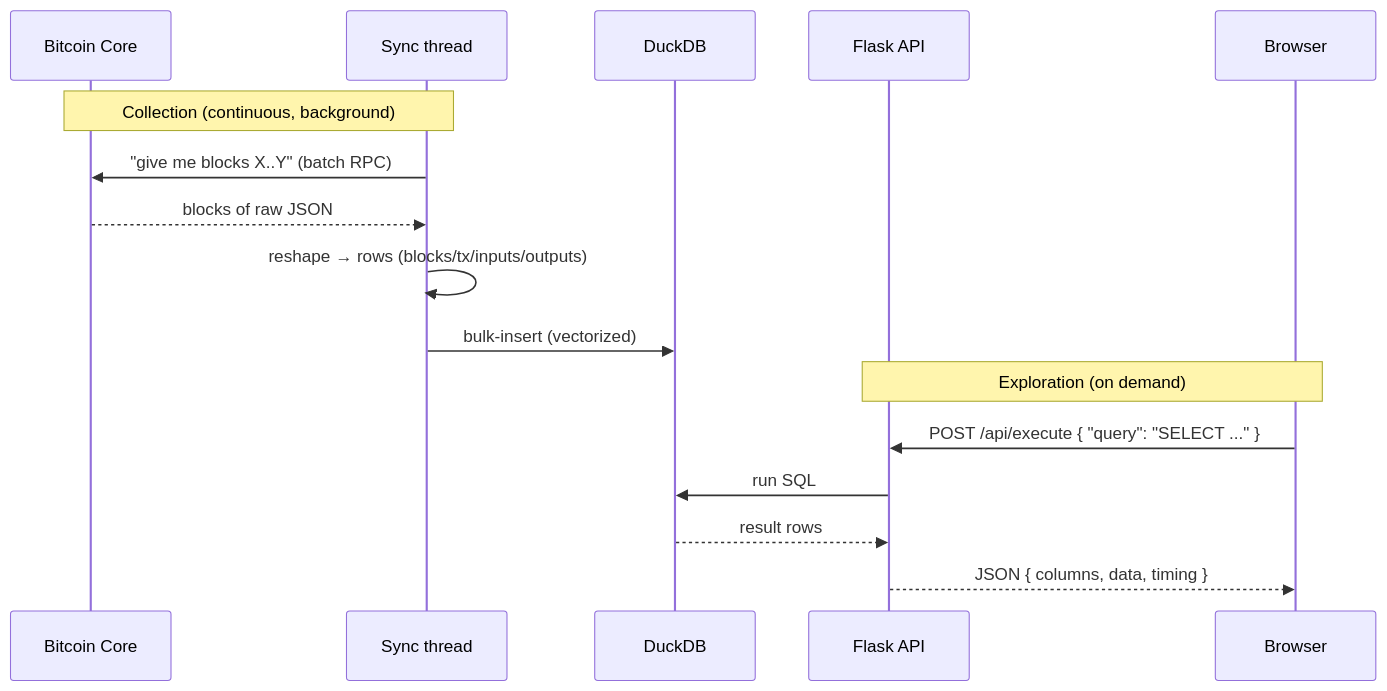
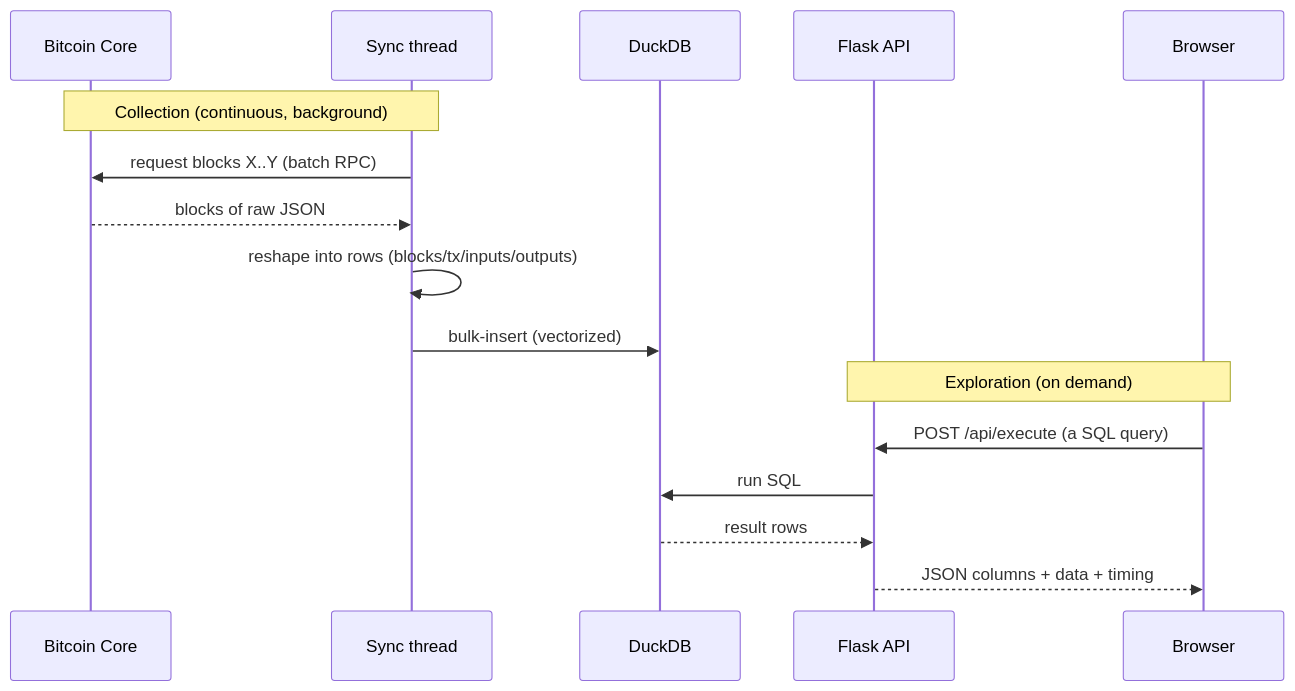
One commit to ignaciofdezocana/btc-sql-explorer changed the second of 6 diagrams in README.md. Above: the diagram before and after it, drawn with Mermaid. The commit also changed other lines of this file, not shown here.

Commit message:
README: fix mermaid parse errors on GitHub
Sequence-diagram messages can't contain '>' (parsed as an arrow token) or
other special chars. Replace '>20 GB' -> 'over 20 GB', drop unicode arrows
and JSON braces/quotes from sequence messages.

````diff
--- a/README.md
+++ b/README.md
@@ -87,20 +87,20 @@
 ```mermaid
 sequenceDiagram
     participant N as Bitcoin Core
     participant S as Sync thread
     participant D as DuckDB
     participant W as Flask API
     participant B as Browser
 
     Note over S,N: Collection (continuous, background)
-    S->>N: "give me blocks X..Y" (batch RPC)
+    S->>N: request blocks X..Y (batch RPC)
     N-->>S: blocks of raw JSON
-    S->>S: reshape → rows (blocks/tx/inputs/outputs)
+    S->>S: reshape into rows (blocks/tx/inputs/outputs)
     S->>D: bulk-insert (vectorized)
 
     Note over B,W: Exploration (on demand)
-    B->>W: POST /api/execute { "query": "SELECT ..." }
+    B->>W: POST /api/execute (a SQL query)
     W->>D: run SQL
     D-->>W: result rows
-    W-->>B: JSON { columns, data, timing }
+    W-->>B: JSON columns + data + timing
 ```
````
